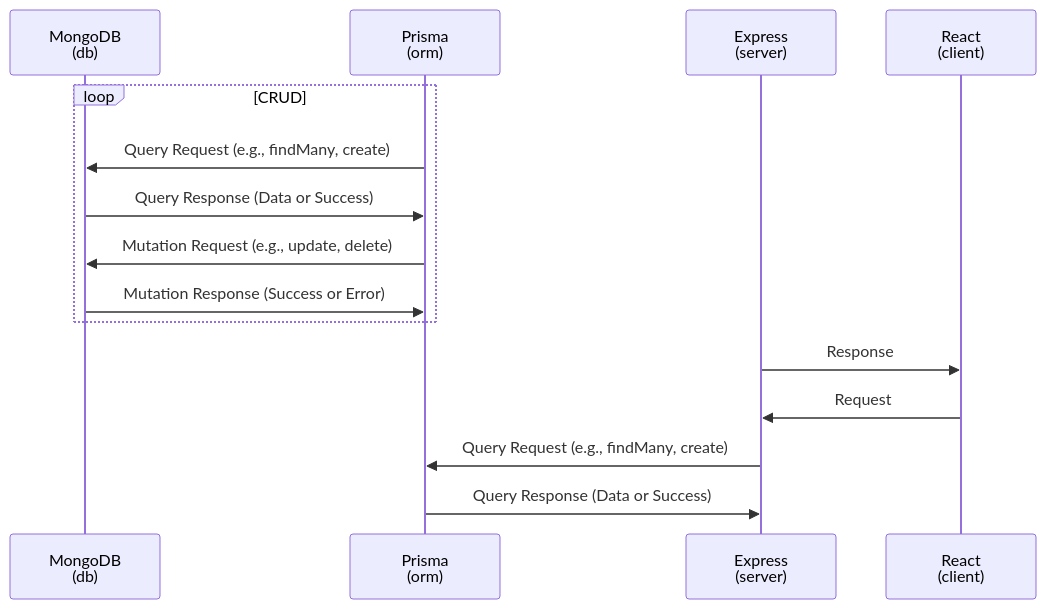
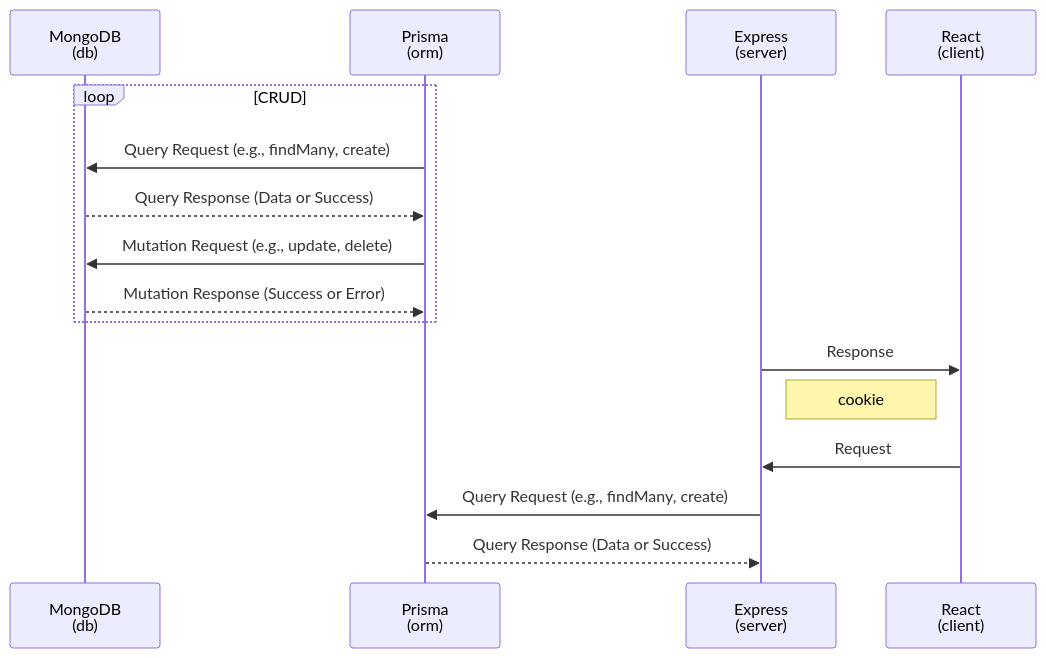
One commit to Louis-jk/full-stack-estate changed the second of 2 diagrams in README.md. Above: the diagram before and after it, drawn with Mermaid.

Commit message:
sequence update

````diff
--- a/README.md
+++ b/README.md
@@ -122,22 +122,24 @@
 ```mermaid
 sequenceDiagram
     participant M as MongoDB<br />(db)
     participant P as Prisma<br />(orm)
     participant E as Express<br />(server)
     participant R as React<br />(client)
 
     loop CRUD
         P->>M: Query Request (e.g., findMany, create)
-        M->>P: Query Response (Data or Success)
+        M-->>P: Query Response (Data or Success)
 
         P->>M: Mutation Request (e.g., update, delete)
-        M->>P: Mutation Response (Success or Error)
+        M-->>P: Mutation Response (Success or Error)
     end
 
     E->>R: Response
+    Note left of R: cookie
     R->>E: Request
 
+
     E->>P: Query Request (e.g., findMany, create)
-    P->>E: Query Response (Data or Success)
+    P-->>E: Query Response (Data or Success)
 
 ```
````
